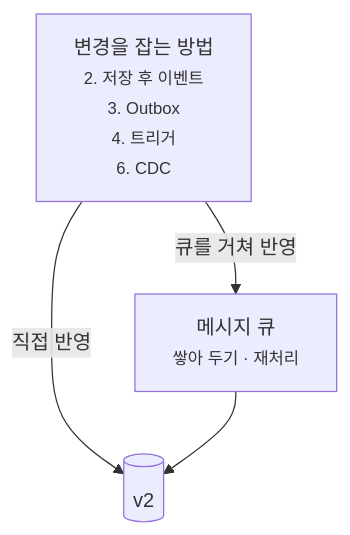
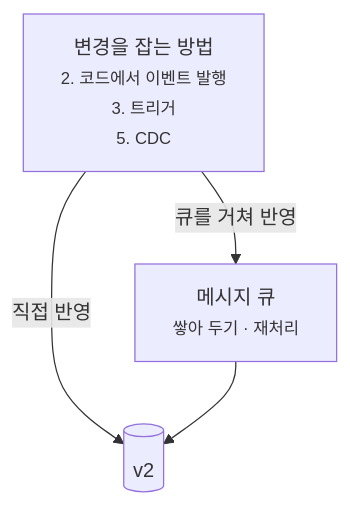
Diagram 13 of 22 in src/content/blog/strangler-fig-redesign.md (oownahcohc/oownahcohc.github.io), drawn with Mermaid before and after one commit. The commit also changed other lines of this file, not shown here.

First line of the commit message:
Strangler Fig 재설계 글에서 이벤트 발행과 Outbox 후보를 하나로 묶는다

````diff
--- a/src/content/blog/strangler-fig-redesign.md
+++ b/src/content/blog/strangler-fig-redesign.md
@@ -427,6 +425,6 @@
 ```mermaid
 flowchart TB
-    CAP["변경을 잡는 방법<br/><small>2. 저장 후 이벤트<br/>3. Outbox<br/>4. 트리거<br/>6. CDC</small>"]
+    CAP["변경을 잡는 방법<br/><small>2. 코드에서 이벤트 발행<br/>3. 트리거<br/>5. CDC</small>"]
     CAP -->|"직접 반영"| V2[("v2")]
     CAP -->|"큐를 거쳐 반영"| Q["메시지 큐<br/><small>쌓아 두기 · 재처리</small>"] --> V2
 ```
````
